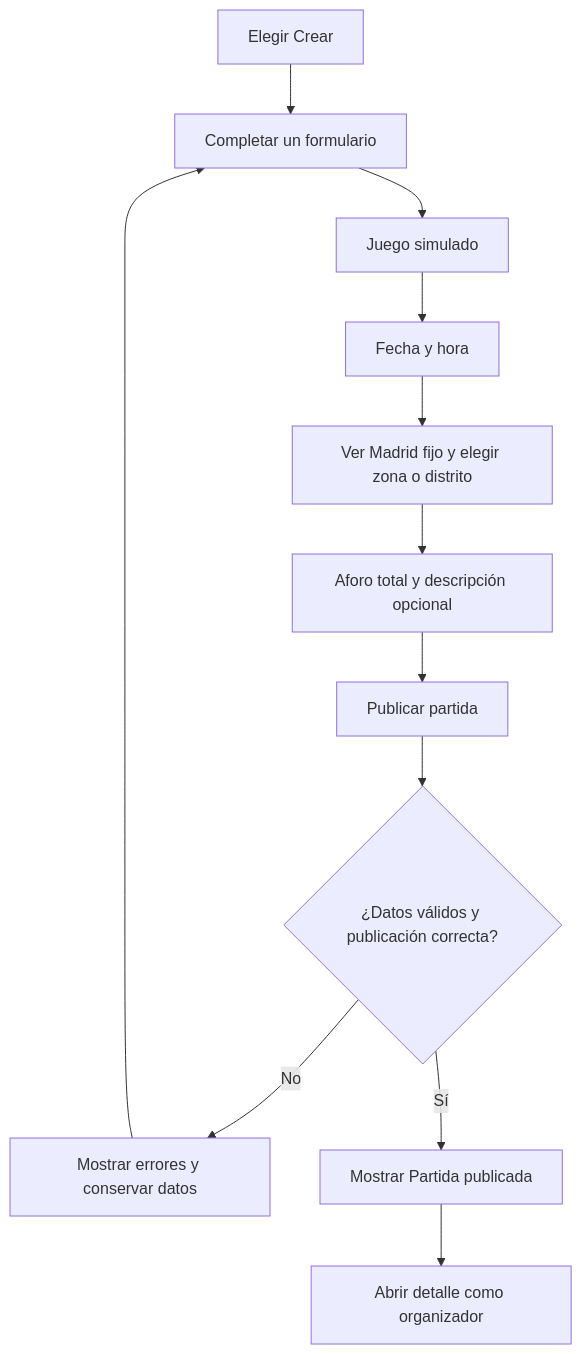
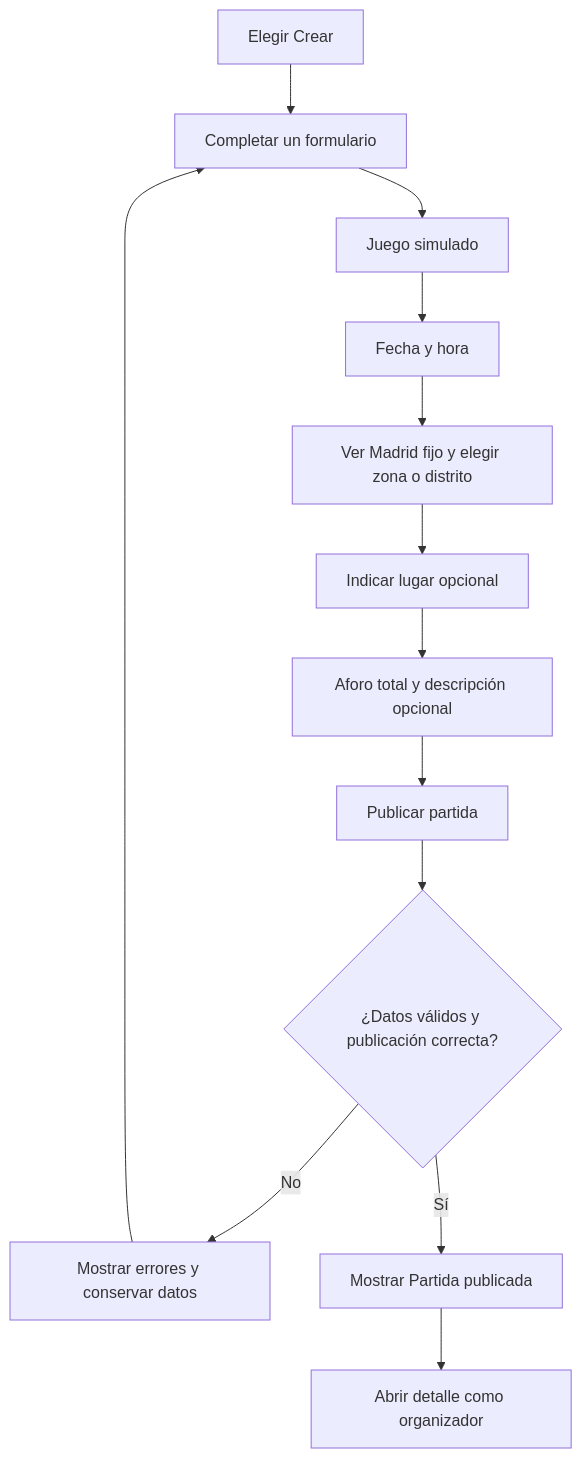
The fifth of 7 diagrams in docs/USER_FLOWS.md (ChristianSalto/app-boardgames), drawn with Mermaid before and after one commit. The commit also changed other lines of this file and 38 other files, not shown here.

Commit message:
docs: complete phase 4 architecture baseline

````diff
--- a/docs/USER_FLOWS.md
+++ b/docs/USER_FLOWS.md
@@ -138,14 +140,15 @@
 ```mermaid
 flowchart TD
     A[Elegir Crear] --> B[Completar un formulario]
     B --> C[Juego simulado]
     C --> D[Fecha y hora]
     D --> E[Ver Madrid fijo y elegir zona o distrito]
-    E --> F[Aforo total y descripción opcional]
-    F --> G[Publicar partida]
-    G --> H{¿Datos válidos y publicación correcta?}
-    H -- No --> I[Mostrar errores y conservar datos]
-    I --> B
-    H -- Sí --> J[Mostrar Partida publicada]
-    J --> K[Abrir detalle como organizador]
+    E --> F[Indicar lugar opcional]
+    F --> G[Aforo total y descripción opcional]
+    G --> H[Publicar partida]
+    H --> I{¿Datos válidos y publicación correcta?}
+    I -- No --> J[Mostrar errores y conservar datos]
+    J --> B
+    I -- Sí --> K[Mostrar Partida publicada]
+    K --> L[Abrir detalle como organizador]
 ```
````
